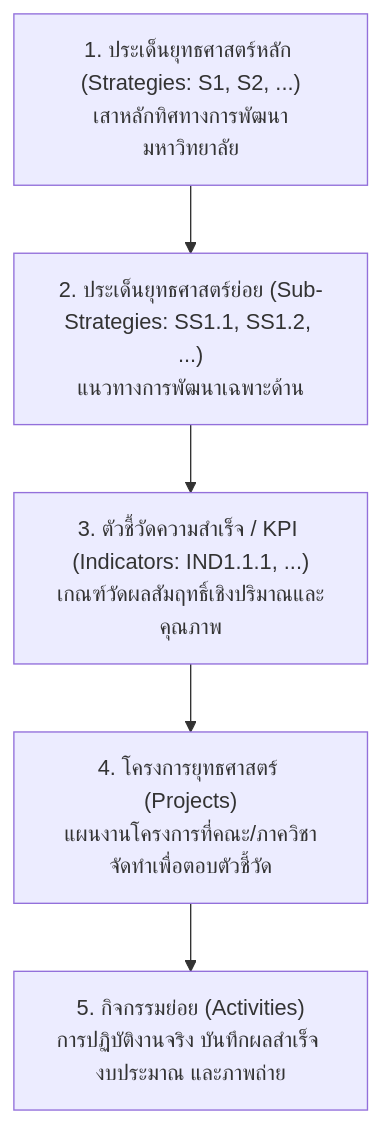
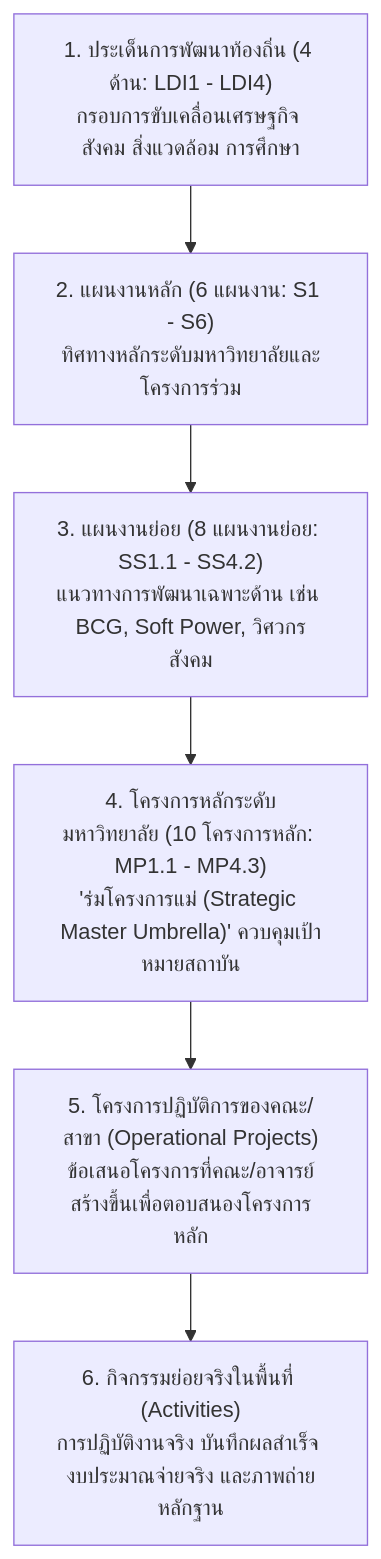
Before and after one commit to teeraphonn/bru-strategic-tracking: the first of 7 diagrams in sasystem.md, drawn with Mermaid. The commit also changed other lines of this file and 5 other files, not shown here.

Commit message:
Feat: Support 4-tier Strategic Alignment to Operational Projects — add 10 Main Projects tracking with interactive drill-down on President and Dean dashboards, clarify Project Form naming, and update Admin Master Data

````diff
--- a/sasystem.md
+++ b/sasystem.md
@@ -26,7 +26,8 @@
 ```mermaid
 graph TD
-    S["1. ประเด็นยุทธศาสตร์หลัก (Strategies: S1, S2, ...)<br/>เสาหลักทิศทางการพัฒนามหาวิทยาลัย"] --> SS["2. ประเด็นยุทธศาสตร์ย่อย (Sub-Strategies: SS1.1, SS1.2, ...)<br/>แนวทางการพัฒนาเฉพาะด้าน"]
-    SS --> IND["3. ตัวชี้วัดความสำเร็จ / KPI (Indicators: IND1.1.1, ...)<br/>เกณฑ์วัดผลสัมฤทธิ์เชิงปริมาณและคุณภาพ"]
-    IND --> P["4. โครงการยุทธศาสตร์ (Projects)<br/>แผนงานโครงการที่คณะ/ภาควิชาจัดทำเพื่อตอบตัวชี้วัด"]
-    P --> ACT["5. กิจกรรมย่อย (Activities)<br/>การปฏิบัติงานจริง บันทึกผลสำเร็จ งบประมาณ และภาพถ่าย"]
+    LDI["1. ประเด็นการพัฒนาท้องถิ่น (4 ด้าน: LDI1 - LDI4)<br/>กรอบการขับเคลื่อนเศรษฐกิจ สังคม สิ่งแวดล้อม การศึกษา"] --> S["2. แผนงานหลัก (6 แผนงาน: S1 - S6)<br/>ทิศทางหลักระดับมหาวิทยาลัยและโครงการร่วม"]
+    S --> SS["3. แผนงานย่อย (8 แผนงานย่อย: SS1.1 - SS4.2)<br/>แนวทางการพัฒนาเฉพาะด้าน เช่น BCG, Soft Power, วิศวกรสังคม"]
+    SS --> MP["4. โครงการหลักระดับมหาวิทยาลัย (10 โครงการหลัก: MP1.1 - MP4.3)<br/>'ร่มโครงการแม่ (Strategic Master Umbrella)' ควบคุมเป้าหมายสถาบัน"]
+    MP --> P["5. โครงการปฏิบัติการของคณะ/สาขา (Operational Projects)<br/>ข้อเสนอโครงการที่คณะ/อาจารย์สร้างขึ้นเพื่อตอบสนองโครงการหลัก"]
+    P --> ACT["6. กิจกรรมย่อยจริงในพื้นที่ (Activities)<br/>การปฏิบัติงานจริง บันทึกผลสำเร็จ งบประมาณจ่ายจริง และภาพถ่ายหลักฐาน"]
 ```
````
